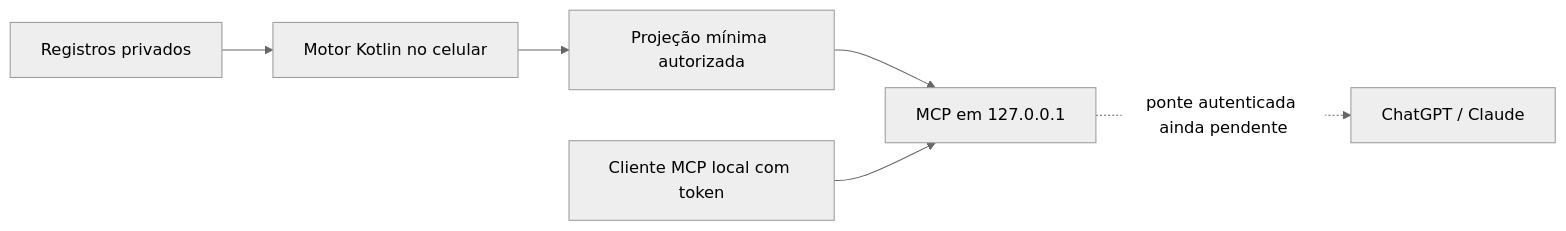
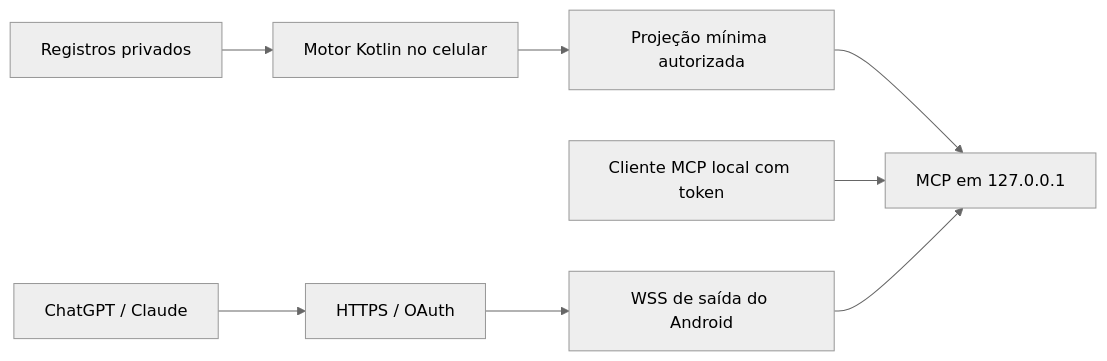
One commit to CabriniJr/FinTips changed the diagram in docs/SERVIDOR-MCP-LOCAL.md. Above: the diagram before and after it, drawn with Mermaid (neutral theme). The commit also changed other lines of this file and 54 other files, not shown here.

Commit message:
feat(android): conectar MCP do celular aos chats por OAuth e WSS

````diff
--- a/docs/SERVIDOR-MCP-LOCAL.md
+++ b/docs/SERVIDOR-MCP-LOCAL.md
@@ -8,8 +8,10 @@
 ```mermaid
 flowchart LR
     registros[Registros privados] --> motor[Motor Kotlin no celular]
     motor --> contexto[Projeção mínima autorizada]
     contexto --> mcp[MCP em 127.0.0.1]
     cliente[Cliente MCP local com token] --> mcp
-    mcp -. ponte autenticada ainda pendente .-> nuvem[ChatGPT / Claude]
+    nuvem[ChatGPT / Claude] --> ponte[HTTPS / OAuth]
+    ponte --> canal[WSS de saída do Android]
+    canal --> mcp
 ```
````
